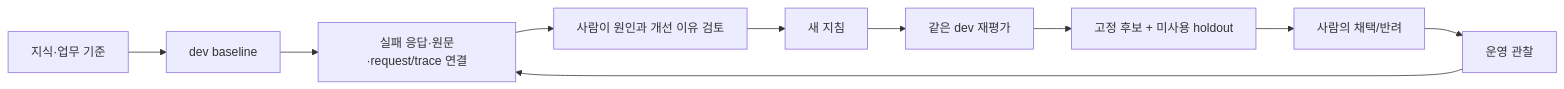
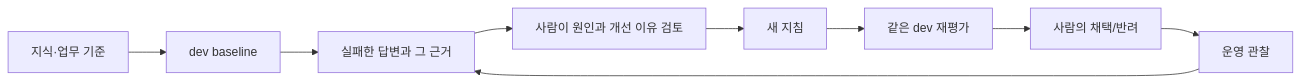
One commit to junwoojeong100/microsoft-foundry-v2-labs changed the diagram in docs/ko/labs/07-evaluation.md. Above: the diagram before and after it, drawn with Mermaid. The commit also changed other lines of this file and 35 other files, not shown here.

````diff
--- a/docs/ko/labs/07-evaluation.md
+++ b/docs/ko/labs/07-evaluation.md
@@ -28,12 +23,11 @@
 ```mermaid
 flowchart LR
     K["지식·업무 기준"] --> B["dev baseline"]
-    B --> F["실패 응답·원문·request/trace 연결"]
+    B --> F["실패한 답변과 그 근거"]
     F --> H["사람이 원인과 개선 이유 검토"]
     H --> P["새 지침"]
     P --> C["같은 dev 재평가"]
-    C --> T["고정 후보 + 미사용 holdout"]
-    T --> G["사람의 채택/반려"]
+    C --> G["사람의 채택/반려"]
     G --> O["운영 관찰"]
     O --> F
 ```
````
